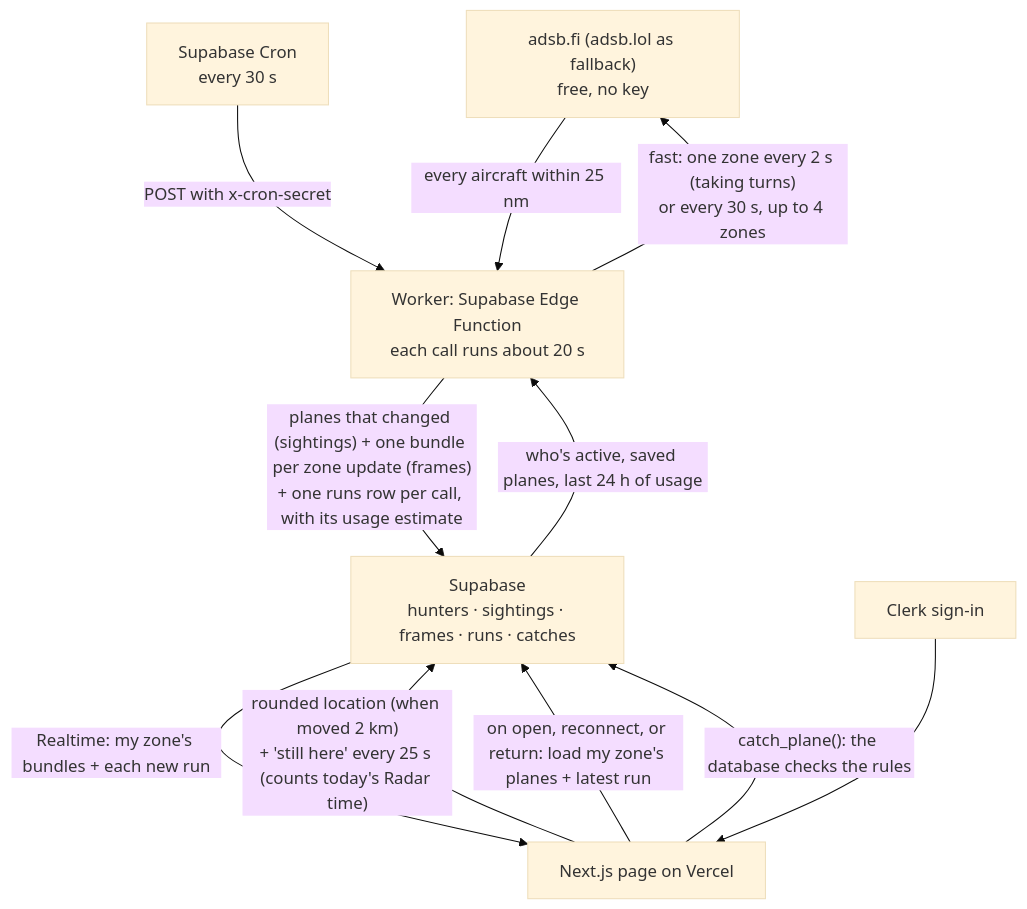
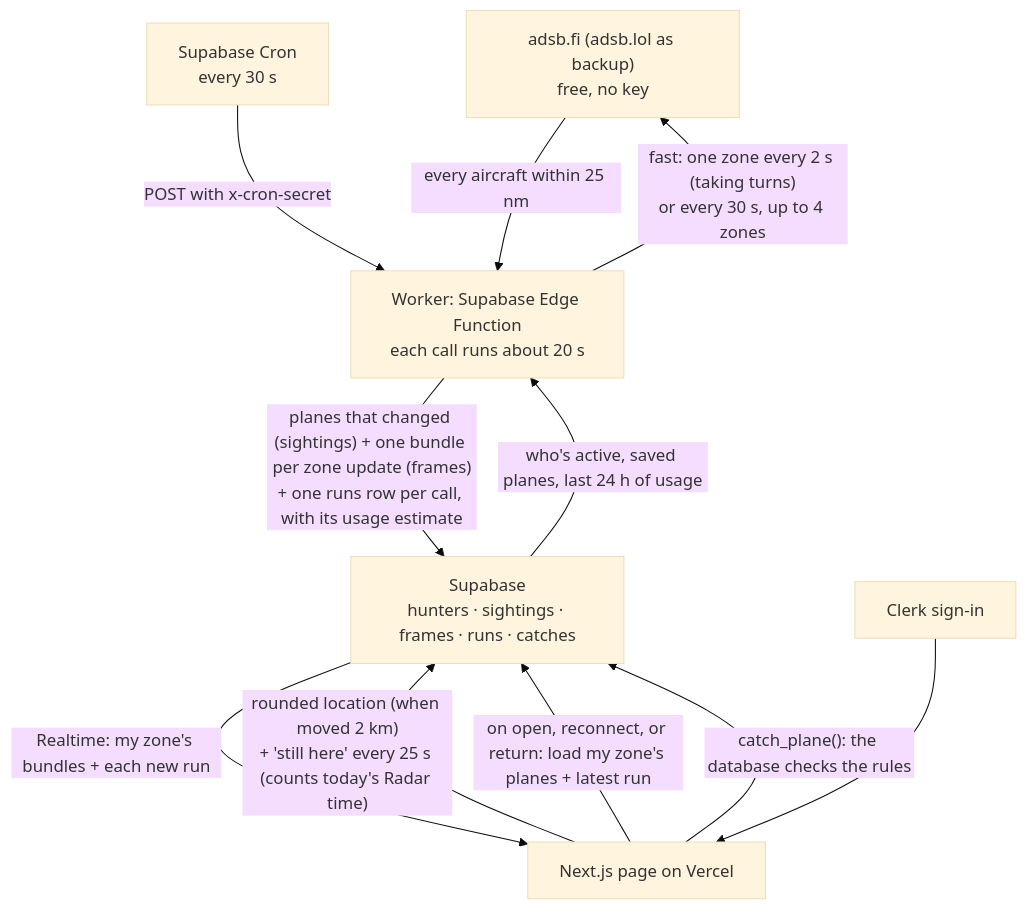
The diagram in docs/data-flow.md (neilpandya01/hw5-dbs), drawn with Mermaid (base theme) before and after one commit. The commit also changed other lines of this file and 4 other files, not shown here.

````diff
--- a/docs/data-flow.md
+++ b/docs/data-flow.md
@@ -13,20 +13,20 @@
 ```mermaid
 flowchart TD
-  SRC["adsb.fi (adsb.lol as fallback)<br/>free, no key"]
+  SRC["adsb.fi (adsb.lol as backup)<br/>free, no key"]
   CRON["Supabase Cron<br/>every 30 s"]
   W["Worker: Supabase Edge Function<br/>each call runs about 20 s"]
   DB["Supabase<br/>hunters · sightings · frames · runs · catches"]
   PAGE["Next.js page on Vercel"]
   CLERK["Clerk sign-in"]
 
   PAGE -- "rounded location (when moved 2 km)<br/>+ 'still here' every 25 s (counts today's Radar time)" --> DB
   CRON -- "POST with x-cron-secret" --> W
   DB -- "who's active, saved planes, last 24 h of usage" --> W
   W -- "fast: one zone every 2 s (taking turns)<br/>or every 30 s, up to 4 zones" --> SRC
   SRC -- "every aircraft within 25 nm" --> W
   W -- "planes that changed (sightings) + one bundle per zone update (frames)<br/>+ one runs row per call, with its usage estimate" --> DB
   DB -- "Realtime: my zone's bundles + each new run" --> PAGE
   PAGE -- "on open, reconnect, or return: load my zone's planes + latest run" --> DB
   CLERK --> PAGE
   PAGE -- "catch_plane(): the database checks the rules" --> DB
 ```
````
